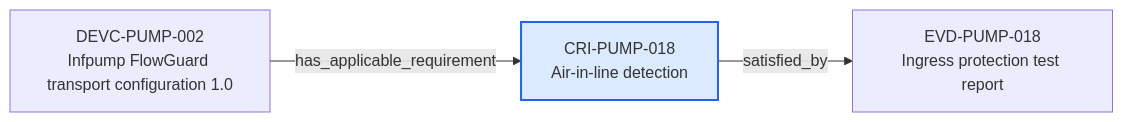
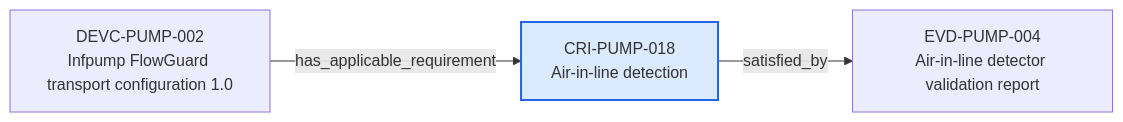
Before and after one commit to mvattulainen/mdrontology: the diagram in content/06-Infpump FlowGuard ontology notes/compliance-requirement-instance/CRI-PUMP-018-air-in-line-detection.md, drawn with Mermaid. The commit also changed other lines of this file and 321 other files, not shown here.

Commit message:
Implement Mermaid ontology audit findings

````diff
--- a/content/06-Infpump FlowGuard ontology notes/compliance-requirement-instance/CRI-PUMP-018-air-in-line-detection.md
+++ b/content/06-Infpump FlowGuard ontology notes/compliance-requirement-instance/CRI-PUMP-018-air-in-line-detection.md
@@ -85,10 +87,10 @@
 ```mermaid
 flowchart LR
   CURRENT["CRI-PUMP-018<br/>Air-in-line detection"]
   PREV0["DEVC-PUMP-002<br/>Infpump FlowGuard transport configuration 1.0"]
   PREV0 -->|"has_applicable_requirement"| CURRENT
-  NEXT0["EVD-PUMP-018<br/>Ingress protection test report"]
+  NEXT0["EVD-PUMP-004<br/>Air-in-line detector validation report"]
   CURRENT -->|"satisfied_by"| NEXT0
   classDef current fill:#dbeafe,stroke:#2563eb,stroke-width:2px
   class CURRENT current
 ```
````
